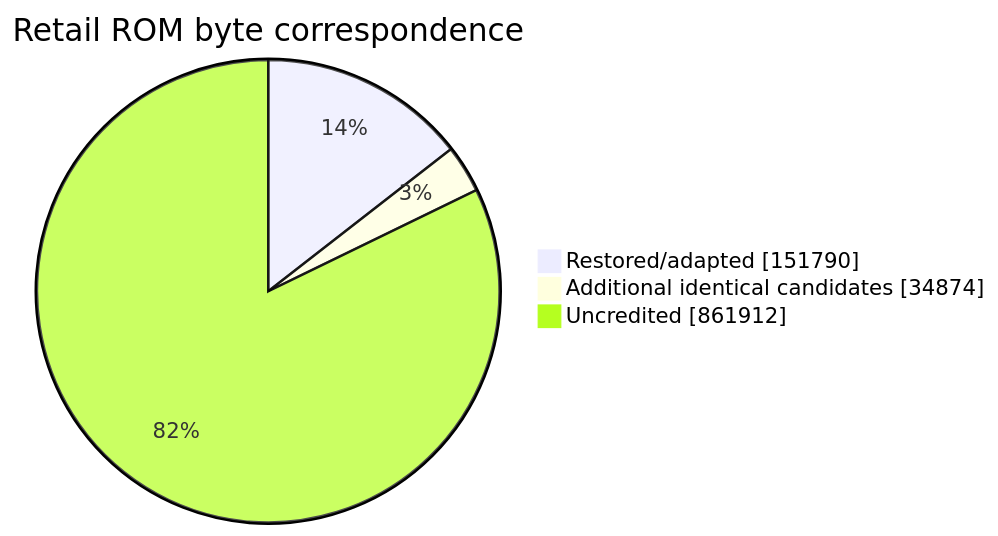
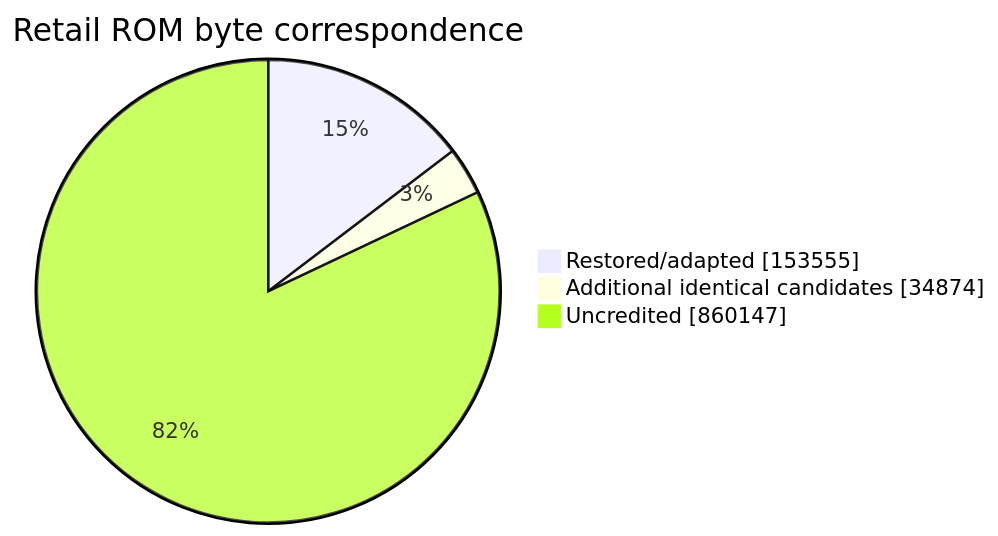
The second of 2 diagrams in readme.md (NachtRaveVL/stuntracefx), drawn with Mermaid before and after one commit. The commit also changed other lines of this file and 7 other files, not shown here.

````diff
--- a/readme.md
+++ b/readme.md
@@ -106,7 +106,7 @@
 ```mermaid
 pie showData
     title Retail ROM byte correspondence
-    "Restored/adapted" : 151790
+    "Restored/adapted" : 153555
     "Additional identical candidates" : 34874
-    "Uncredited" : 861912
+    "Uncredited" : 860147
 ```
````
